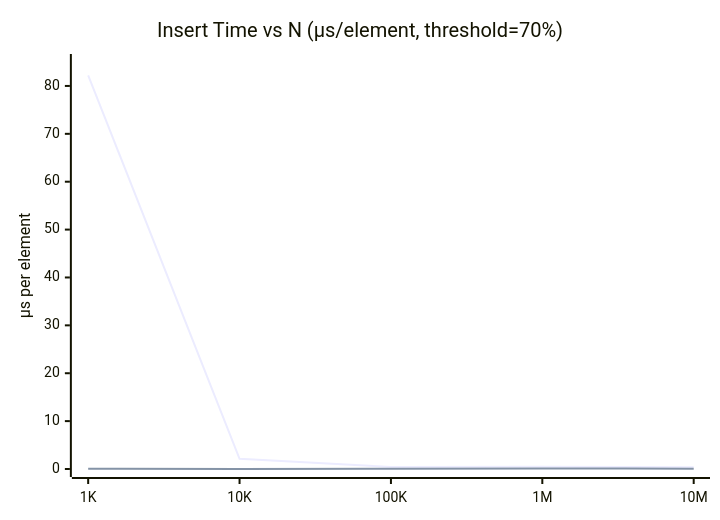
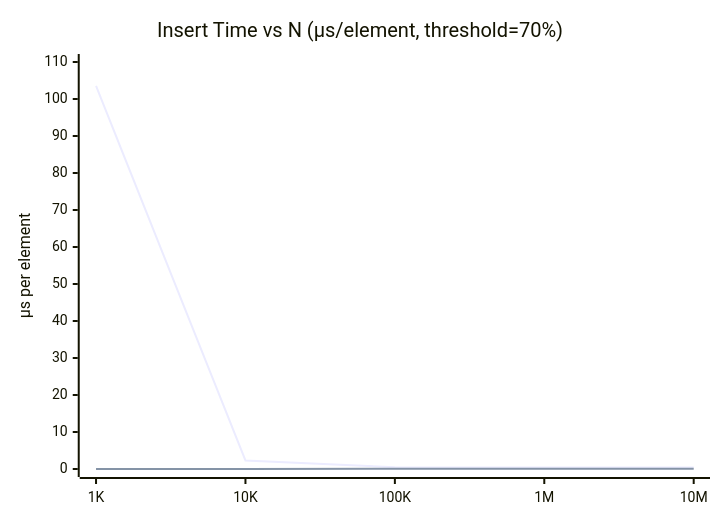
Before and after one commit to zay229-arch/homework-2: the first of 2 diagrams in README.md, drawn with Mermaid. The commit also changed other lines of this file, not shown here.

````diff
--- a/README.md
+++ b/README.md
@@ -63,8 +63,8 @@
 ```mermaid
 xychart-beta
     title "Insert Time vs N (µs/element, threshold=70%)"
     x-axis ["1K", "10K", "100K", "1M", "10M"]
-    y-axis "µs per element" 0 --> 85
-    line [82.231, 2.122, 0.437, 0.471, 0.372]
-    line [0.032, 0.024, 0.053, 0.089, 0.078]
+    y-axis "µs per element" 0 --> 110
+    line [103.544, 2.303, 0.471, 0.398, 0.373]
+    line [0.030, 0.023, 0.050, 0.078, 0.073]
 ```
````
